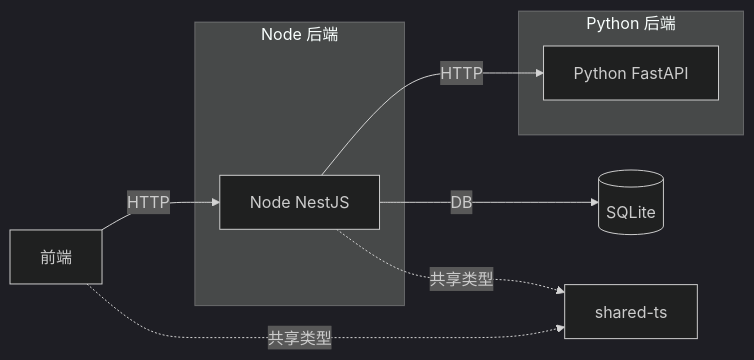
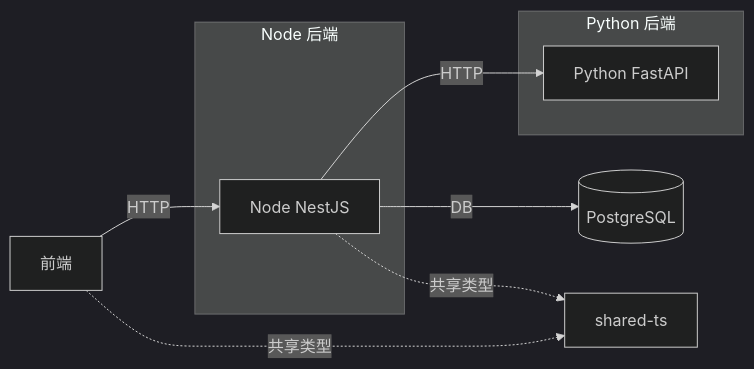
Before and after one commit to 909347194/ST-Risk-For-UAV: the first of 7 diagrams in apps/server/node-backend/README.md, drawn with Mermaid (dark theme). The commit also changed other lines of this file and 21 other files, not shown here.

````diff
--- a/apps/server/node-backend/README.md
+++ b/apps/server/node-backend/README.md
@@ -37,17 +37,17 @@
 ```mermaid
 graph LR
     FE[前端] -->|HTTP| NODE[Node NestJS]
     NODE -->|HTTP| PY[Python FastAPI]
-    NODE -->|DB| DB[(SQLite)]
+    NODE -->|DB| DB[(PostgreSQL)]
 
     subgraph Node 后端
         NODE
     end
 
     subgraph Python 后端
         PY
     end
 
     NODE -.->|共享类型| SHARED[shared-ts]
     FE -.->|共享类型| SHARED
 ```
````
